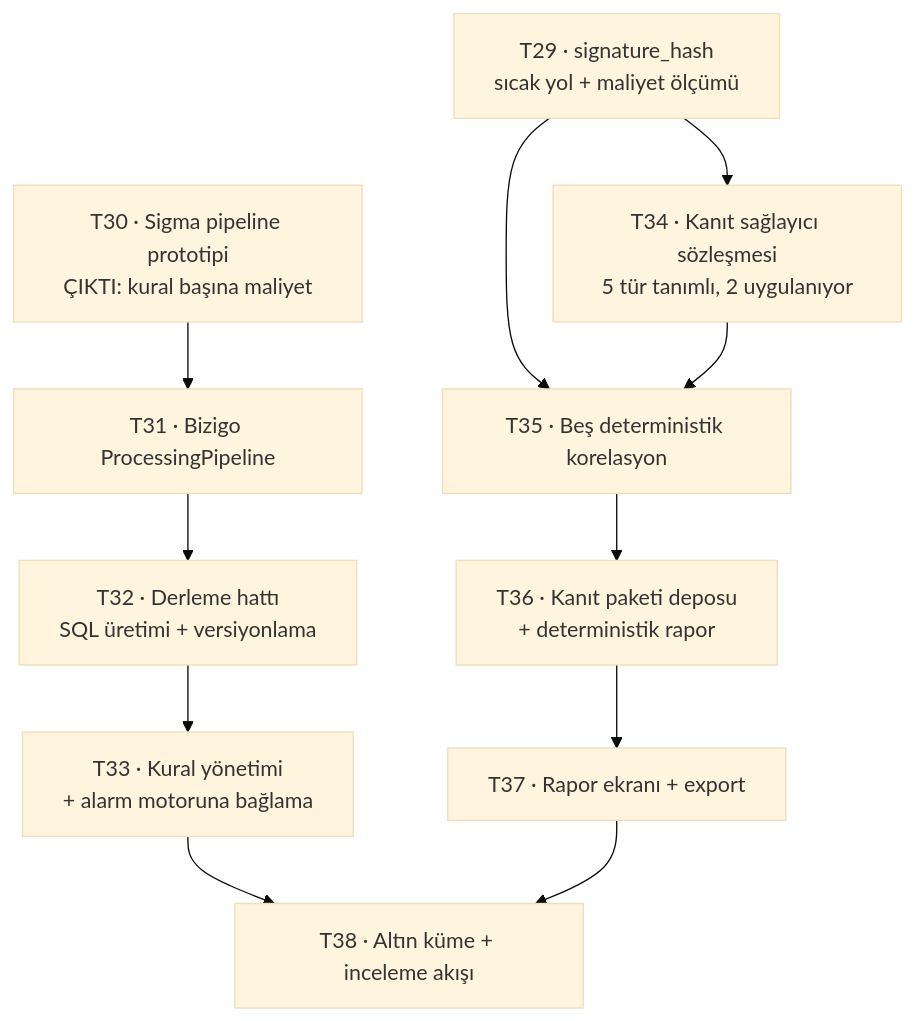
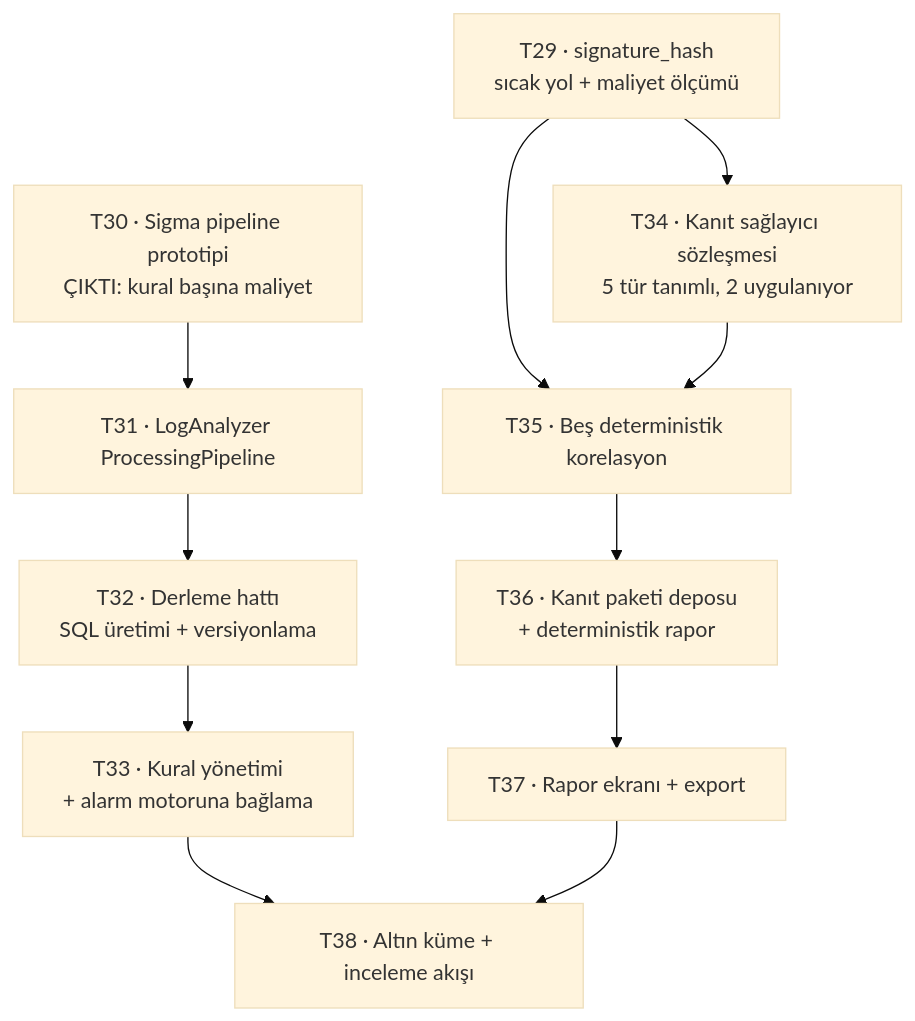
One commit to hakkisagdic/loganalyzer changed the diagram in docs/epic/tickets-f3/index.md. Above: the diagram before and after it, drawn with Mermaid (base theme). The commit also changed other lines of this file and 2211 other files, not shown here.

Commit message:
feat: add LogAnalyzer Lite incident flight recorder, rebrand from bizigo to generic loganalyzer

````diff
--- a/docs/epic/tickets-f3/index.md
+++ b/docs/epic/tickets-f3/index.md
@@ -28,19 +28,19 @@
 ```mermaid
 flowchart TB
   T29["T29 · signature_hash<br/>sıcak yol + maliyet ölçümü"]
   T30["T30 · Sigma pipeline prototipi<br/>ÇIKTI: kural başına maliyet"]
-  T31["T31 · Bizigo ProcessingPipeline"]
+  T31["T31 · LogAnalyzer ProcessingPipeline"]
   T32["T32 · Derleme hattı<br/>SQL üretimi + versiyonlama"]
   T33["T33 · Kural yönetimi<br/>+ alarm motoruna bağlama"]
   T34["T34 · Kanıt sağlayıcı sözleşmesi<br/>5 tür tanımlı, 2 uygulanıyor"]
   T35["T35 · Beş deterministik korelasyon"]
   T36["T36 · Kanıt paketi deposu<br/>+ deterministik rapor"]
   T37["T37 · Rapor ekranı + export"]
   T38["T38 · Altın küme + inceleme akışı"]
 
   T29 --> T35
   T30 --> T31 --> T32 --> T33
   T29 --> T34 --> T35 --> T36 --> T37
   T33 --> T38
   T37 --> T38
 ```
````
